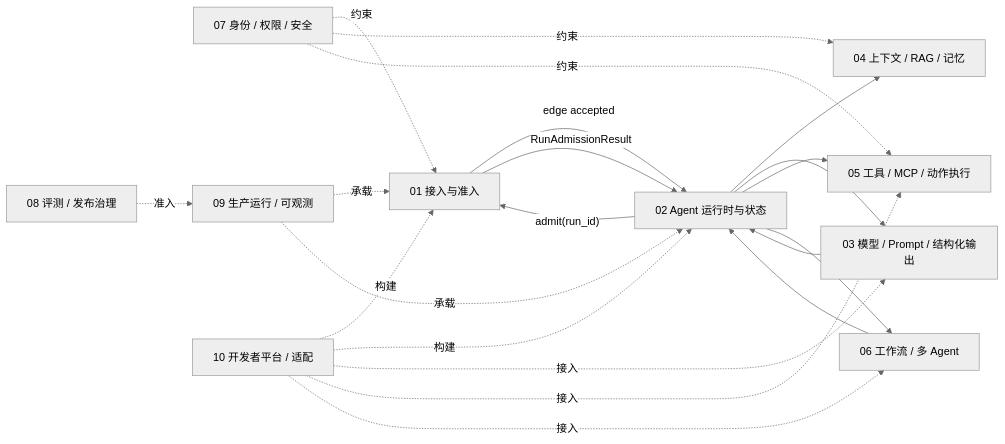
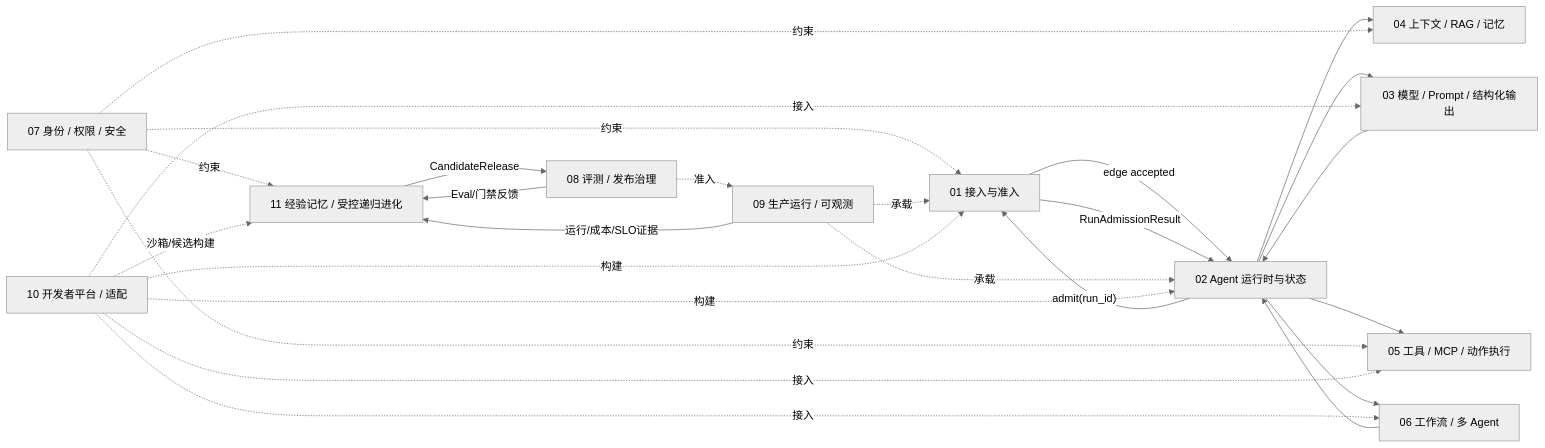
The diagram in docs/00-总览/04-功能模块全景.md (chun001-stac/Agent-UEAF), drawn with Mermaid (neutral theme) before and after one commit. The commit also changed other lines of this file, not shown here.

````diff
--- a/docs/00-总览/04-功能模块全景.md
+++ b/docs/00-总览/04-功能模块全景.md
@@ -5,23 +5,28 @@
 ```mermaid
 flowchart LR
     M01["01 接入与准入"] -->|"edge accepted"| M02["02 Agent 运行时与状态"]
     M02 -->|"admit(run_id)"| M01
     M01 -->|"RunAdmissionResult"| M02
     M02 --> M04["04 上下文 / RAG / 记忆"]
     M02 --> M03["03 模型 / Prompt / 结构化输出"]
     M03 --> M02
     M02 --> M05["05 工具 / MCP / 动作执行"]
     M02 --> M06["06 工作流 / 多 Agent"]
     M06 --> M02
     M07["07 身份 / 权限 / 安全"] -.约束.-> M01
     M07 -.约束.-> M04
     M07 -.约束.-> M05
+    M07 -.约束.-> M11["11 经验记忆 / 受控递归进化"]
     M08["08 评测 / 发布治理"] -.准入.-> M09["09 生产运行 / 可观测"]
     M09 -.承载.-> M01
     M09 -.承载.-> M02
+    M09 -->|"运行/成本/SLO证据"| M11
+    M08 -->|"Eval/门禁反馈"| M11
+    M11 -->|"CandidateRelease"| M08
     M10["10 开发者平台 / 适配"] -.构建.-> M01
     M10 -.构建.-> M02
     M10 -.接入.-> M03
     M10 -.接入.-> M05
     M10 -.接入.-> M06
+    M10 -.沙箱/候选构建.-> M11
 ```
````
